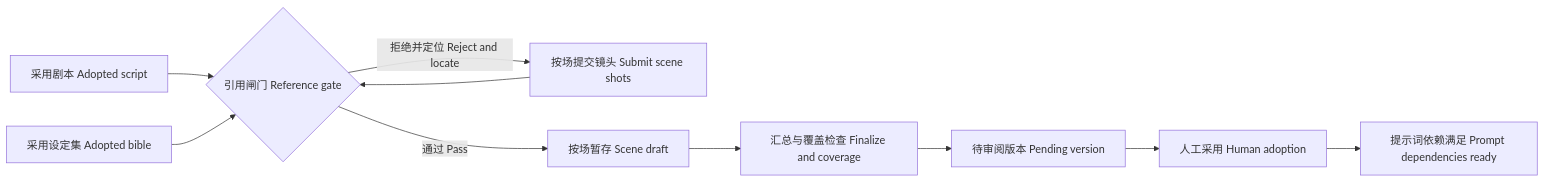
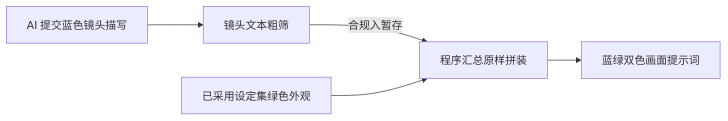
The diagram in book/build/chapters/p06.md (yukawasensei/harness-book-for-everyone), drawn with Mermaid before and after one commit. The commit also changed other lines of this file and 45 other files, not shown here.

````diff
--- a/book/build/chapters/p06.md
+++ b/book/build/chapters/p06.md
@@ -11,12 +48,7 @@
 ```mermaid
 flowchart LR
-  S["采用剧本 Adopted script"] --> G{"引用闸门 Reference gate"}
-  B["采用设定集 Adopted bible"] --> G
-  W["按场提交镜头 Submit scene shots"] --> G
-  G -->|"拒绝并定位 Reject and locate"| W
-  G -->|"通过 Pass"| D["按场暂存 Scene draft"]
-  D --> F["汇总与覆盖检查 Finalize and coverage"]
-  F --> P["待审阅版本 Pending version"]
-  P --> H["人工采用 Human adoption"]
-  H --> U["提示词依赖满足 Prompt dependencies ready"]
+  M["AI 提交蓝色镜头描写"] --> G["镜头文本粗筛"]
+  G -->|"合规入暂存"| A["程序汇总原样拼装"]
+  B["已采用设定集绿色外观"] --> A
+  A --> P["蓝绿双色画面提示词"]
 ```
````
